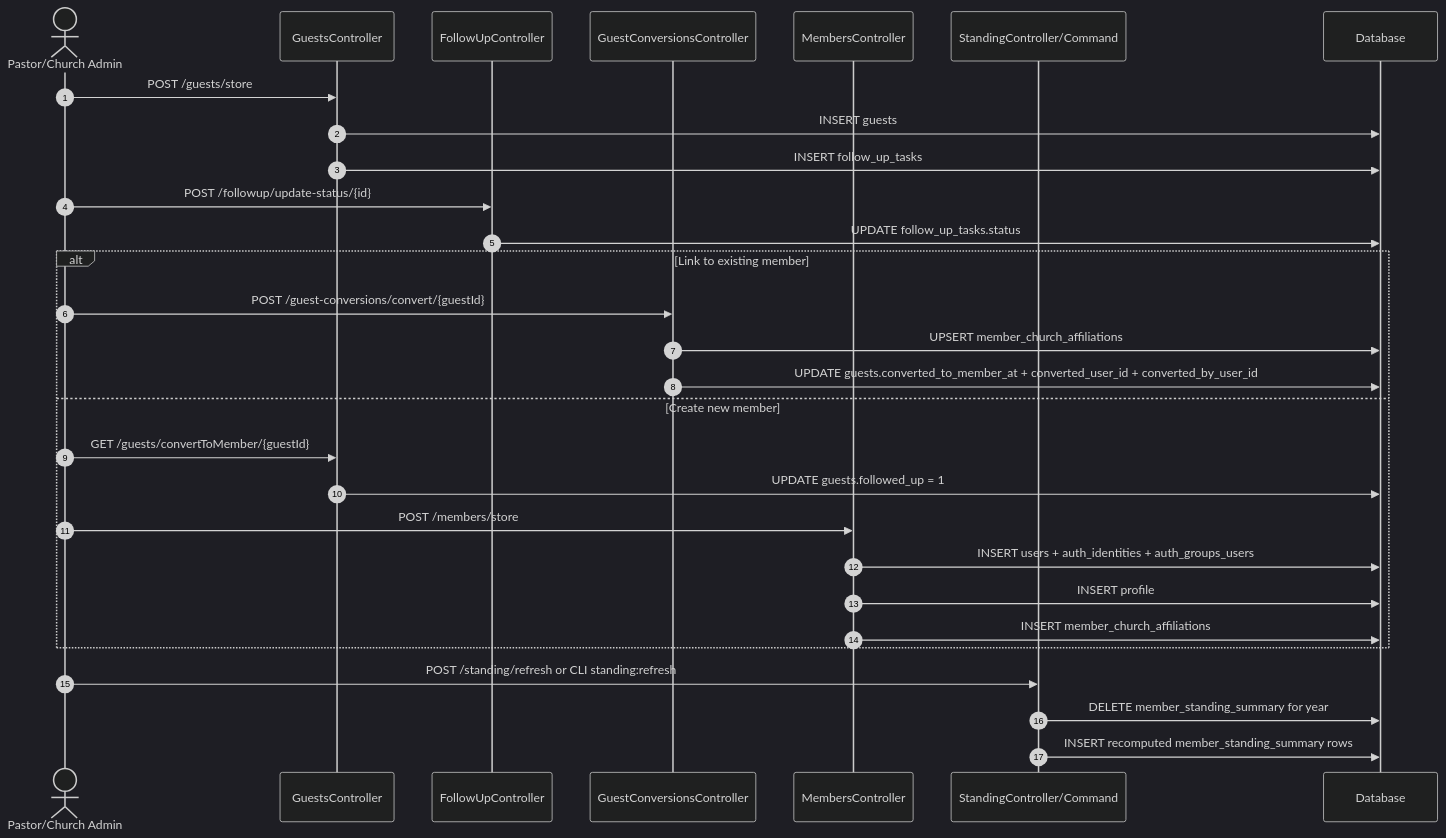
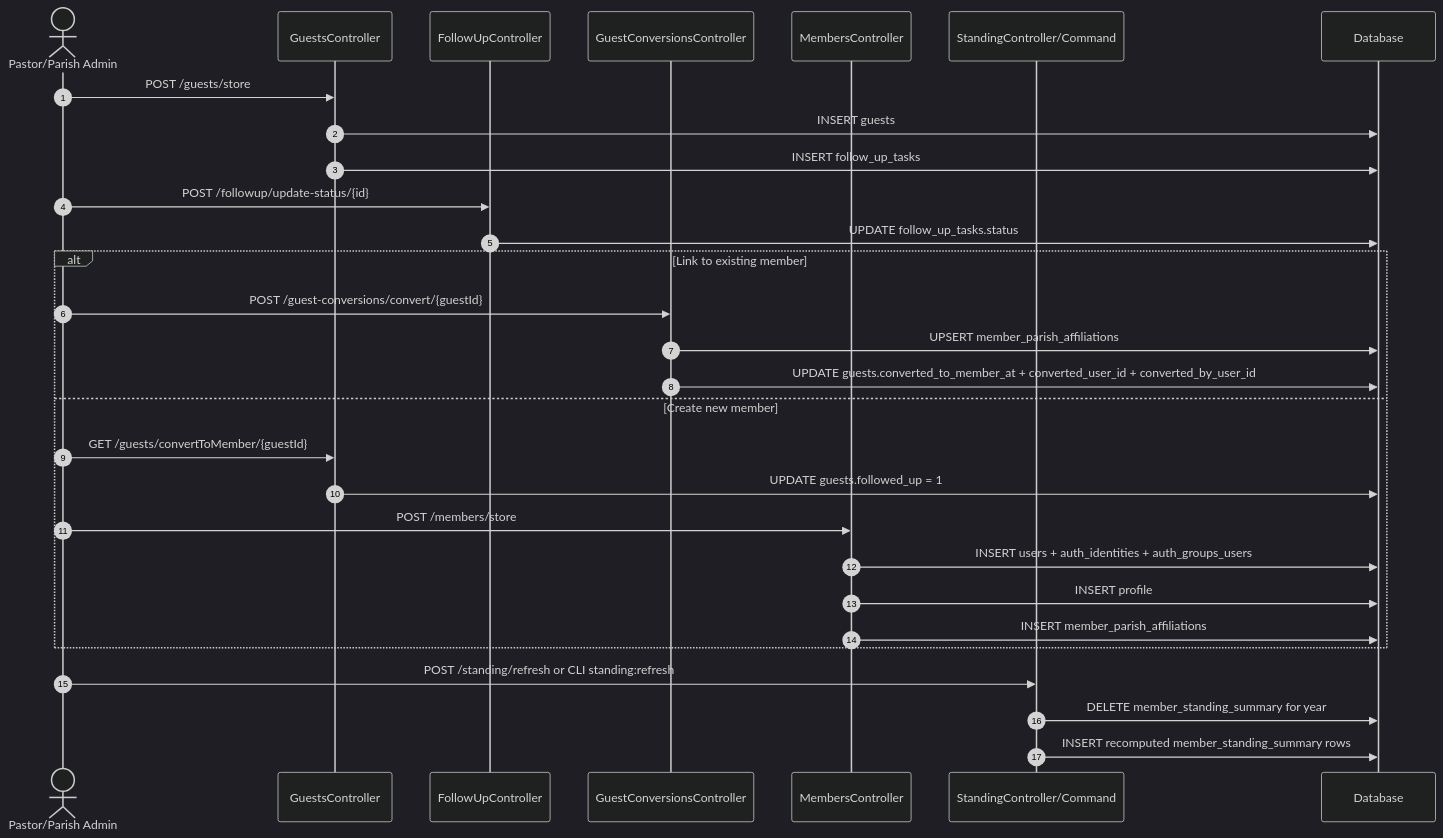
Before and after one commit to ekklesiaonline/ekklesiaONLINE: the second of 8 diagrams in docs/GUEST_REGISTRATION_TO_GOOD_STANDING_DIAGRAMS_2026-04-11.md, drawn with Mermaid (dark theme). The commit also changed other lines of this file and 266 other files, not shown here.

First line of the commit message:
Project-wide terminology migration: church -> parish

````diff
--- a/docs/GUEST_REGISTRATION_TO_GOOD_STANDING_DIAGRAMS_2026-04-11.md
+++ b/docs/GUEST_REGISTRATION_TO_GOOD_STANDING_DIAGRAMS_2026-04-11.md
@@ -16,35 +16,35 @@
 ```mermaid
 sequenceDiagram
     autonumber
-    actor Staff as Pastor/Church Admin
+    actor Staff as Pastor/Parish Admin
     participant Guests as GuestsController
     participant FollowUp as FollowUpController
     participant Conv as GuestConversionsController
     participant Members as MembersController
     participant Stand as StandingController/Command
     participant DB as Database
 
     Staff->>Guests: POST /guests/store
     Guests->>DB: INSERT guests
     Guests->>DB: INSERT follow_up_tasks
 
     Staff->>FollowUp: POST /followup/update-status/{id}
     FollowUp->>DB: UPDATE follow_up_tasks.status
 
     alt Link to existing member
         Staff->>Conv: POST /guest-conversions/convert/{guestId}
-        Conv->>DB: UPSERT member_church_affiliations
+        Conv->>DB: UPSERT member_parish_affiliations
         Conv->>DB: UPDATE guests.converted_to_member_at + converted_user_id + converted_by_user_id
     else Create new member
         Staff->>Guests: GET /guests/convertToMember/{guestId}
         Guests->>DB: UPDATE guests.followed_up = 1
         Staff->>Members: POST /members/store
         Members->>DB: INSERT users + auth_identities + auth_groups_users
         Members->>DB: INSERT profile
-        Members->>DB: INSERT member_church_affiliations
+        Members->>DB: INSERT member_parish_affiliations
     end
 
     Staff->>Stand: POST /standing/refresh or CLI standing:refresh
     Stand->>DB: DELETE member_standing_summary for year
     Stand->>DB: INSERT recomputed member_standing_summary rows
 ```
````
